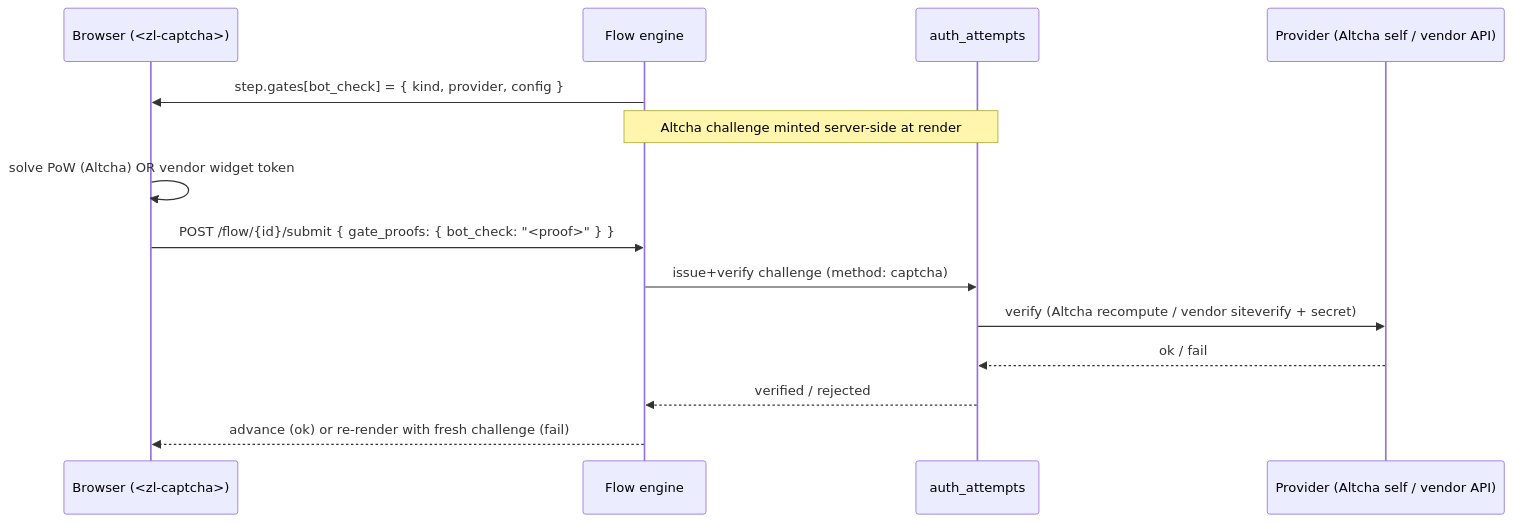
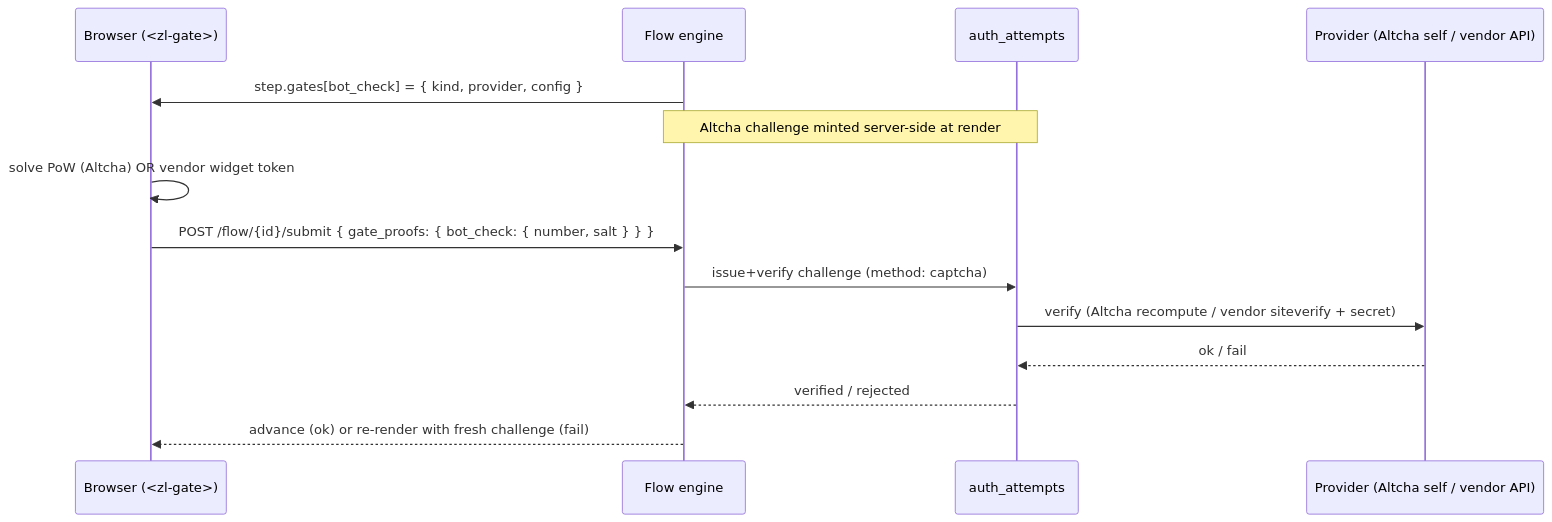
The first of 2 diagrams in docs/adrs/016-captcha-gate-and-bot-signals.md (zitadel/nextgen), drawn with Mermaid before and after one commit. The commit also changed other lines of this file and 15 other files, not shown here.

````diff
--- a/docs/adrs/016-captcha-gate-and-bot-signals.md
+++ b/docs/adrs/016-captcha-gate-and-bot-signals.md
@@ -104,16 +107,16 @@
 ```mermaid
 sequenceDiagram
-    participant B as Browser (<zl-captcha>)
+    participant B as Browser (<zl-gate>)
     participant E as Flow engine
     participant A as auth_attempts
     participant P as Provider (Altcha self / vendor API)
     E->>B: step.gates[bot_check] = { kind, provider, config }
     Note over E,A: Altcha challenge minted server-side at render
     B->>B: solve PoW (Altcha) OR vendor widget token
-    B->>E: POST /flow/{id}/submit { gate_proofs: { bot_check: "<proof>" } }
+    B->>E: POST /flow/{id}/submit { gate_proofs: { bot_check: { number, salt } } }
     E->>A: issue+verify challenge (method: captcha)
     A->>P: verify (Altcha recompute / vendor siteverify + secret)
     P-->>A: ok / fail
     A-->>E: verified / rejected
     E-->>B: advance (ok) or re-render with fresh challenge (fail)
 ```
````
